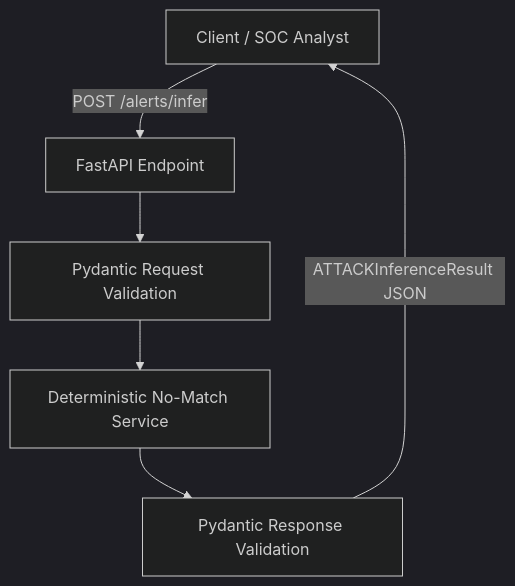
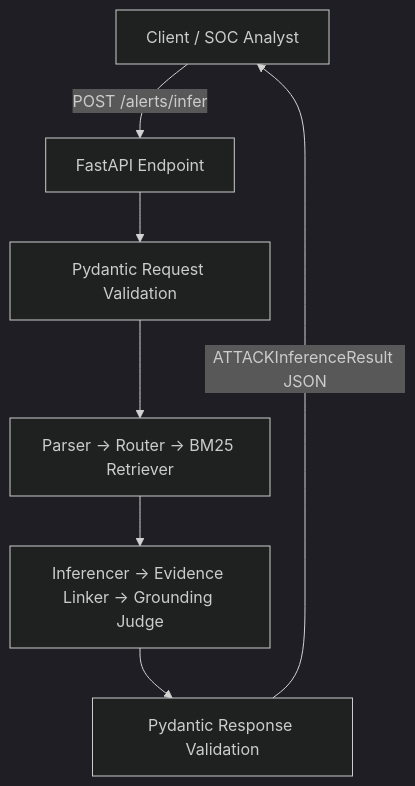
The first of 3 diagrams in docs/architecture.md (mai23133/Security-Alert), drawn with Mermaid (dark theme) before and after one commit. The commit also changed other lines of this file and 8 other files, not shown here.

````diff
--- a/docs/architecture.md
+++ b/docs/architecture.md
@@ -11,8 +11,9 @@
 ```mermaid
 flowchart TD
     A["Client / SOC Analyst"] -->|"POST /alerts/infer"| B["FastAPI Endpoint"]
     B --> C["Pydantic Request Validation"]
-    C --> D["Deterministic No-Match Service"]
-    D --> E["Pydantic Response Validation"]
-    E -->|"ATTACKInferenceResult JSON"| A
+    C --> D["Parser → Router → BM25 Retriever"]
+    D --> E["Inferencer → Evidence Linker → Grounding Judge"]
+    E --> F["Pydantic Response Validation"]
+    F -->|"ATTACKInferenceResult JSON"| A
 ```
````
